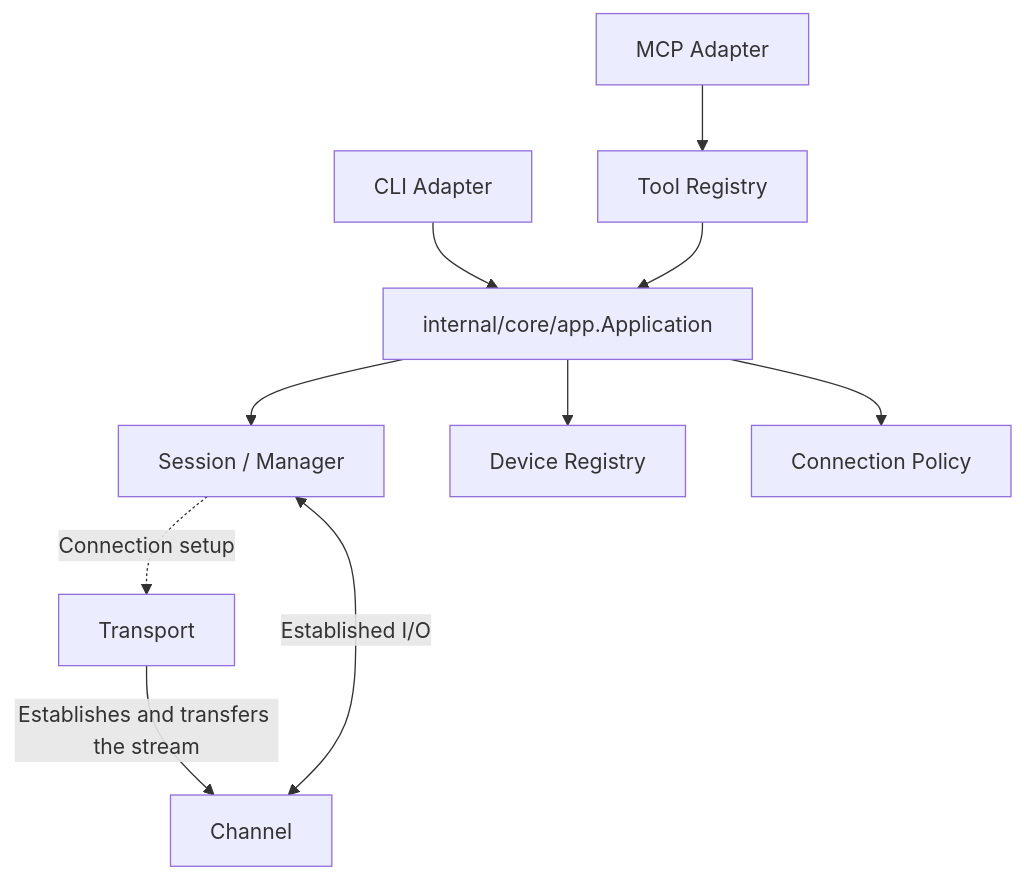
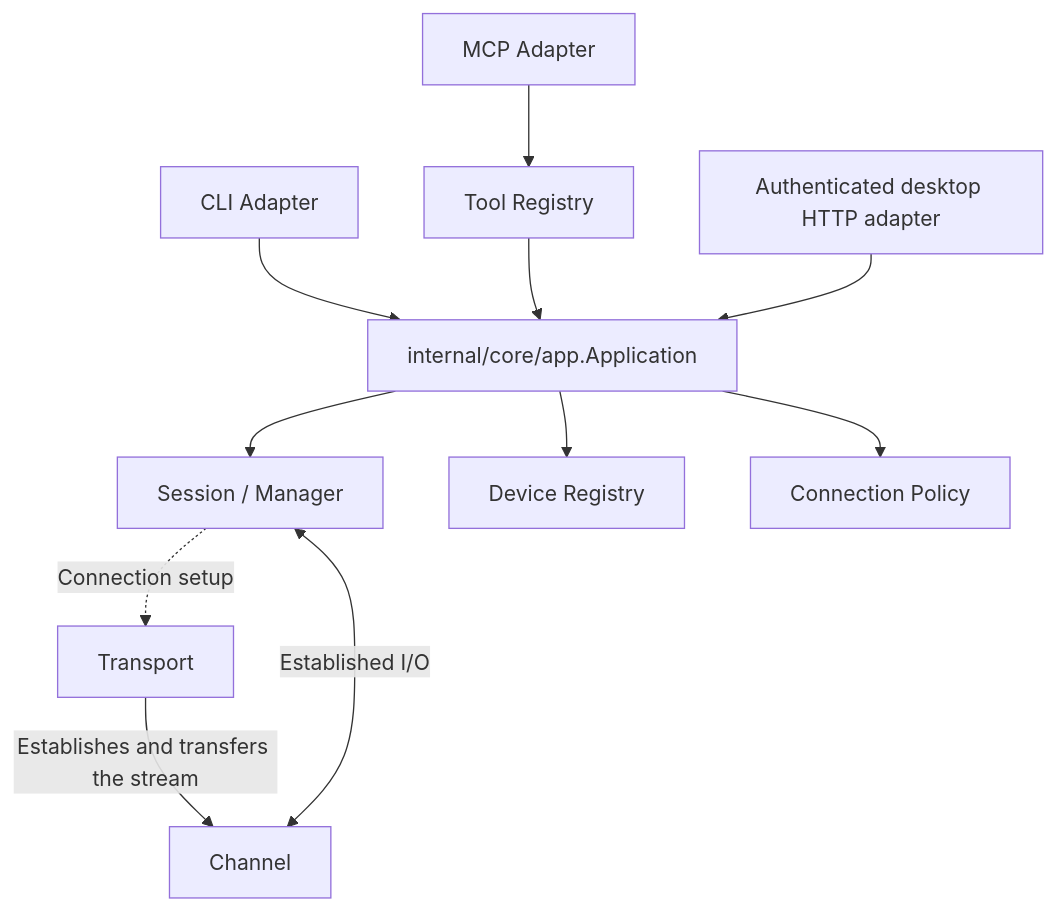
One commit to akira-init1/ChannelTerm changed the diagram in docs/architecture/overview.md. Above: the diagram before and after it, drawn with Mermaid. The commit also changed 11 other files, not shown here.

First line of the commit message:
feat(host): expose authenticated desktop SSH creation

````diff
--- a/docs/architecture/overview.md
+++ b/docs/architecture/overview.md
@@ -7,11 +7,12 @@
 ```mermaid
 flowchart TB
     cli["CLI Adapter"] --> application["internal/core/app.Application"]
     mcp["MCP Adapter"] --> tools["Tool Registry"] --> application
+    guiapi["Authenticated desktop HTTP adapter"] --> application
     application --> sessions["Session / Manager"]
     application --> devices["Device Registry"]
     application --> policy["Connection Policy"]
     sessions -.->|"Connection setup"| transport["Transport"]
     transport -->|"Establishes and transfers the stream"| channel["Channel"]
     sessions <-->|"Established I/O"| channel
 ```
````
